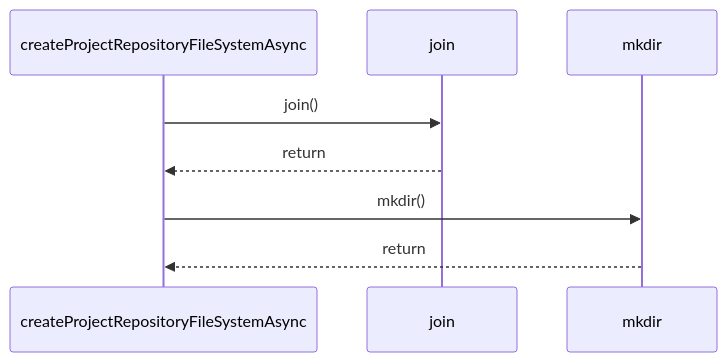
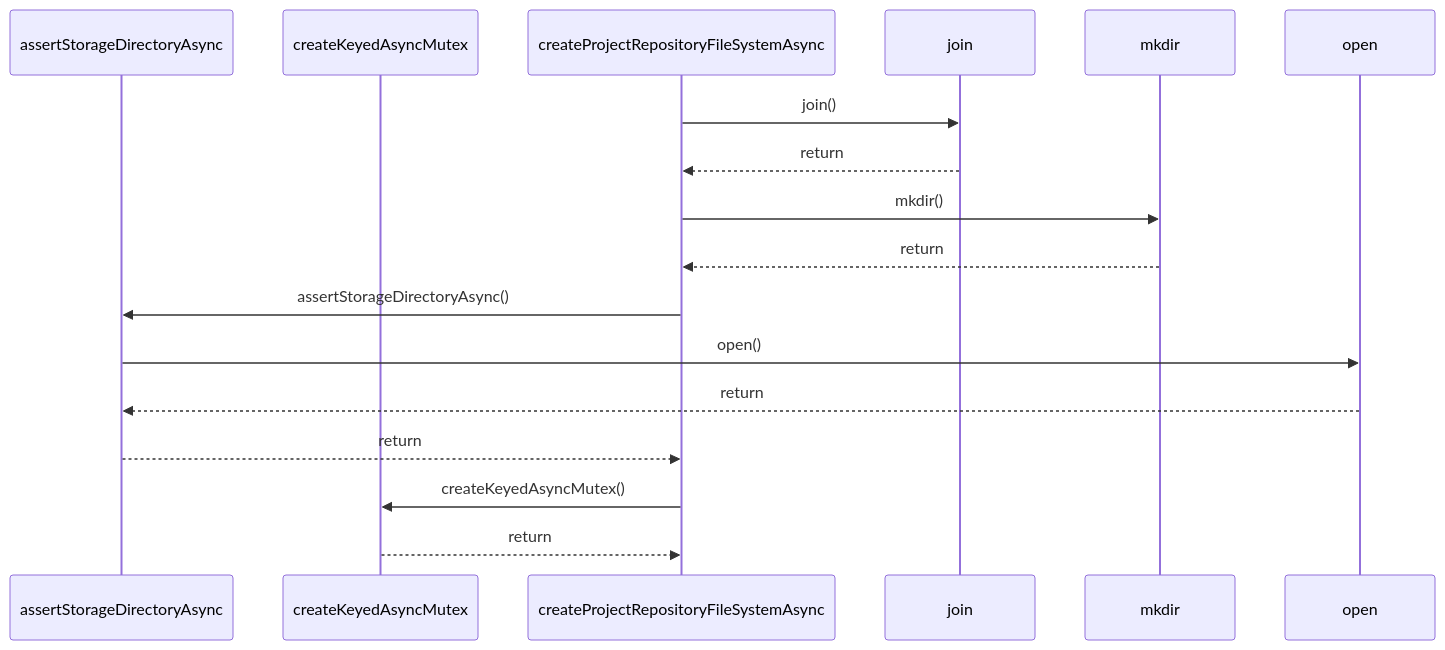
Before and after one commit to ankhorage/projects: the diagram in paradox/diagrams/sequences/create-project-repository-file-system-async.mmd, drawn with Mermaid. The commit also changed 13 other files, not shown here.

```diff
--- a/paradox/diagrams/sequences/create-project-repository-file-system-async.mmd
+++ b/paradox/diagrams/sequences/create-project-repository-file-system-async.mmd
@@ -1,8 +1,17 @@
 sequenceDiagram
+  participant participant_assertStorageDirectoryAsync as assertStorageDirectoryAsync
+  participant participant_createKeyedAsyncMutex as createKeyedAsyncMutex
   participant participant_createProjectRepositoryFileSystemAsync as createProjectRepositoryFileSystemAsync
   participant participant_join as join
   participant participant_mkdir as mkdir
+  participant participant_open as open
   participant_createProjectRepositoryFileSystemAsync->>participant_join: join()
   participant_join-->>participant_createProjectRepositoryFileSystemAsync: return
   participant_createProjectRepositoryFileSystemAsync->>participant_mkdir: mkdir()
   participant_mkdir-->>participant_createProjectRepositoryFileSystemAsync: return
+  participant_createProjectRepositoryFileSystemAsync->>participant_assertStorageDirectoryAsync: assertStorageDirectoryAsync()
+  participant_assertStorageDirectoryAsync->>participant_open: open()
+  participant_open-->>participant_assertStorageDirectoryAsync: return
+  participant_assertStorageDirectoryAsync-->>participant_createProjectRepositoryFileSystemAsync: return
+  participant_createProjectRepositoryFileSystemAsync->>participant_createKeyedAsyncMutex: createKeyedAsyncMutex()
+  participant_createKeyedAsyncMutex-->>participant_createProjectRepositoryFileSystemAsync: return
```
